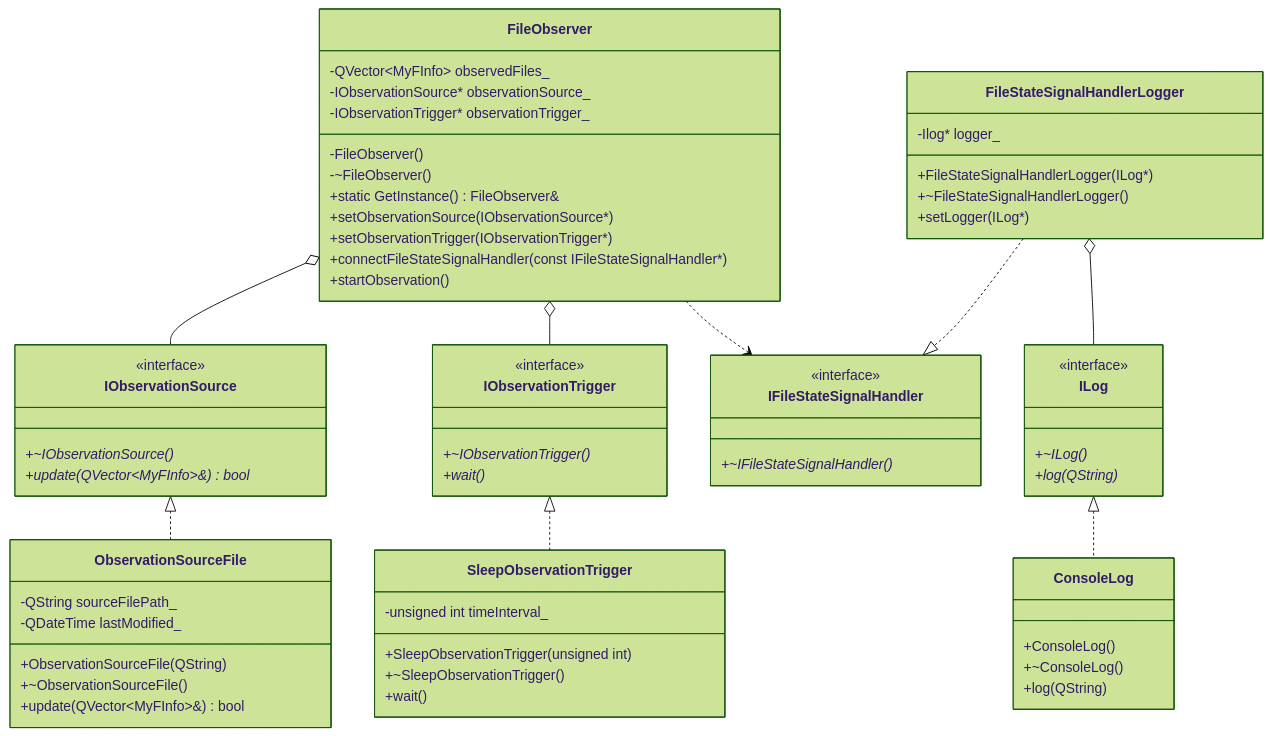
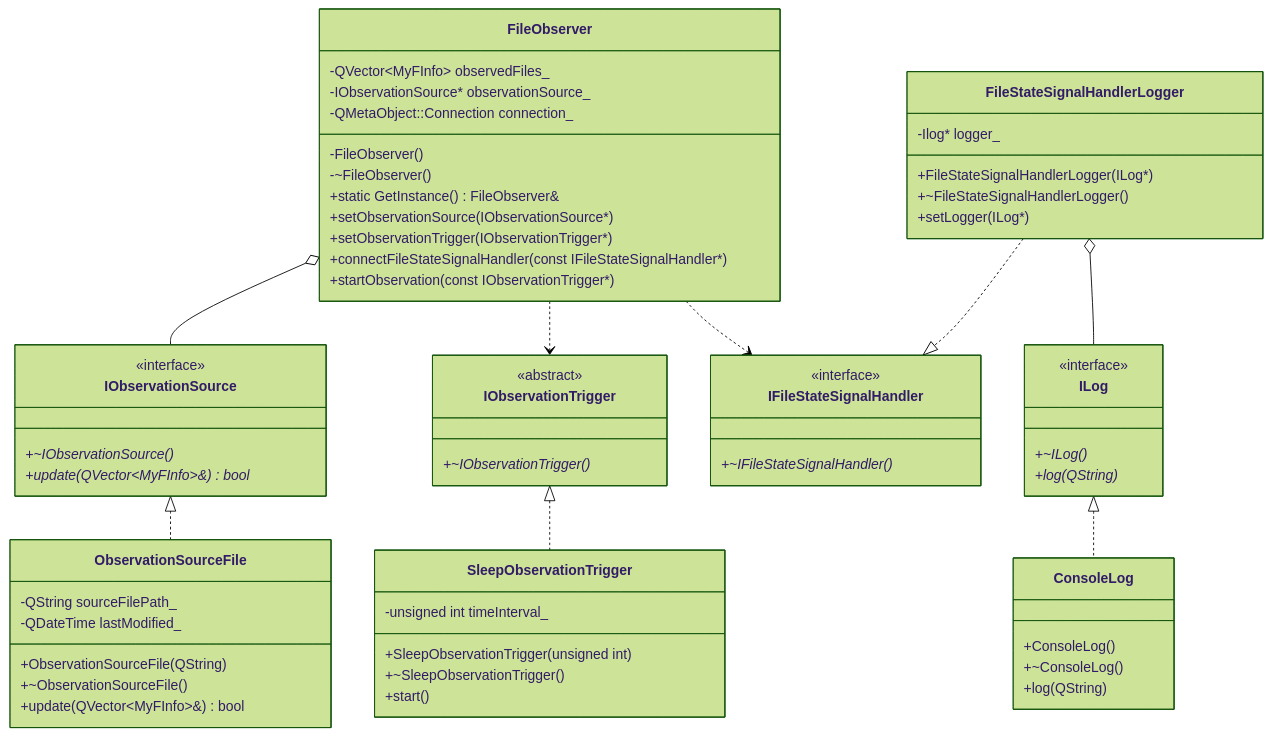
Before and after one commit to ILoveHumanity/FileWarden: the diagram in README.md, drawn with Mermaid (forest theme). The commit also changed 3 other files, not shown here.

````diff
--- a/README.md
+++ b/README.md
@@ -24,73 +24,72 @@
 ```mermaid
 classDiagram
 	class FileObserver {
 		-QVector~MyFInfo~ observedFiles_
 		-IObservationSource* observationSource_
-		-IObservationTrigger* observationTrigger_
+		-QMetaObject::Connection connection_
 		-FileObserver()
 		-~FileObserver()
 		+static GetInstance() FileObserver&
 		+setObservationSource(IObservationSource*)
 		+setObservationTrigger(IObservationTrigger*)
 		+connectFileStateSignalHandler(const IFileStateSignalHandler*)
-		+startObservation()
+		+startObservation(const IObservationTrigger*)
 	}
 
 	class IObservationSource {
 		<<interface>>
 		+~IObservationSource()*
 		+update(QVector~MyFInfo~&) bool*
 	}
 	class ObservationSourceFile {
 		-QString sourceFilePath_
 		-QDateTime lastModified_
 		+ObservationSourceFile(QString)
 		+~ObservationSourceFile()
 		+update(QVector~MyFInfo~&) bool
 	}
 
 	class IObservationTrigger {
-		<<interface>>
+		<<abstract>>
 		+~IObservationTrigger()*
-		+wait()*
 	}
 	class SleepObservationTrigger {
 		-unsigned int timeInterval_
 		+SleepObservationTrigger(unsigned int)
 		+~SleepObservationTrigger()
-		+wait()
+		+start()
 	}
 
 	class IFileStateSignalHandler {
 		<<interface>>
 		+~IFileStateSignalHandler()*
 	}
 	class FileStateSignalHandlerLogger {
 		-Ilog* logger_
 		+FileStateSignalHandlerLogger(ILog*)
 		+~FileStateSignalHandlerLogger()
 		+setLogger(ILog*)
 	}
 
 	class ILog {
 		<<interface>>
 		+~ILog()*
 		+log(QString)*
 	}
 	class ConsoleLog {
 		+ConsoleLog()
 		+~ConsoleLog()
 		+log(QString)
 	}
 
 	FileObserver o-- IObservationSource
 	IObservationSource <|.. ObservationSourceFile
 
-	FileObserver o-- IObservationTrigger
+	FileObserver ..> IObservationTrigger
 	IObservationTrigger <|.. SleepObservationTrigger
 
 	FileObserver ..> IFileStateSignalHandler
     	FileStateSignalHandlerLogger ..|> IFileStateSignalHandler
     	FileStateSignalHandlerLogger o-- ILog
 	ILog <|.. ConsoleLog
 ```
````
